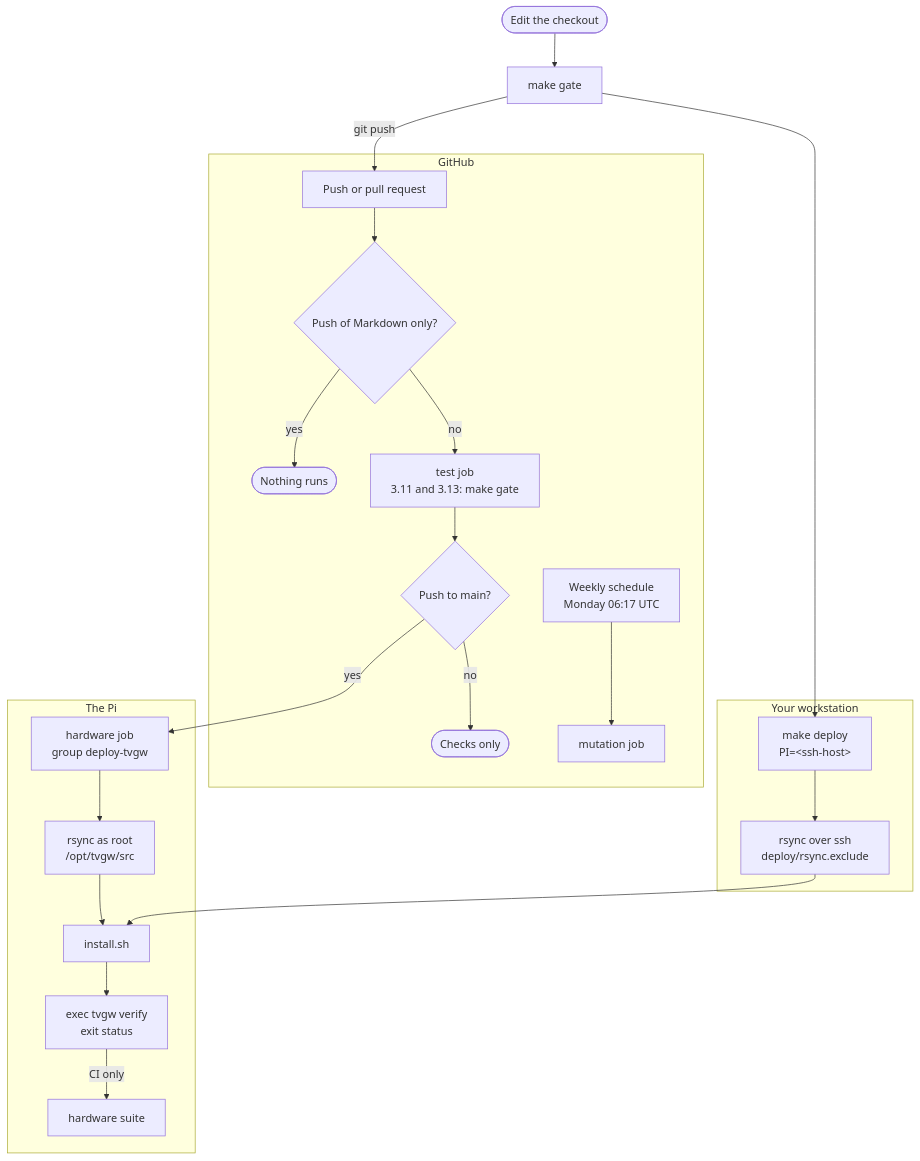
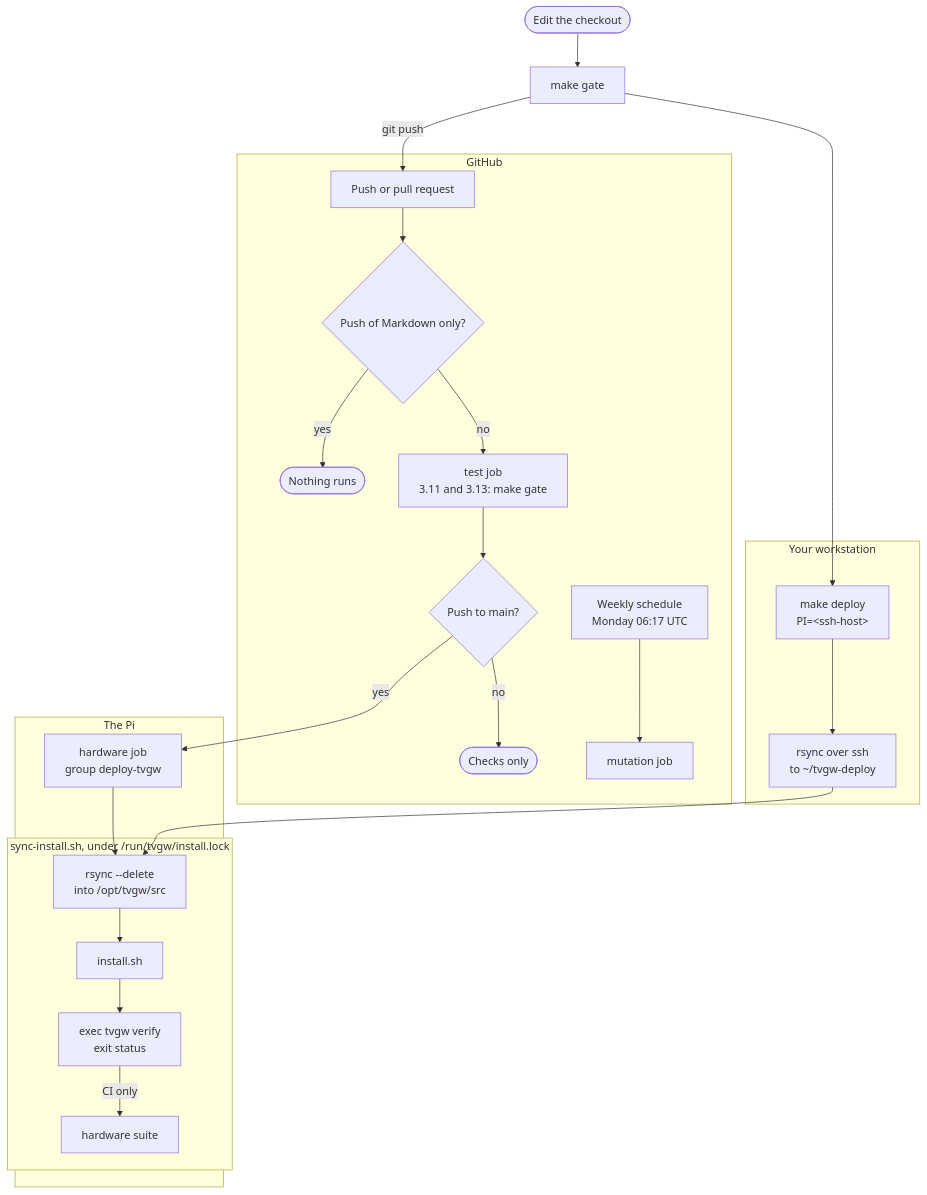
The first of 2 diagrams in deploy/README.md (kywwilson11/tvgw), drawn with Mermaid before and after one commit. The commit also changed other lines of this file, not shown here.

First line of the commit message:
deploy/README: the deploy path and the installer as main runs them

````diff
--- a/deploy/README.md
+++ b/deploy/README.md
@@ -52,25 +53,28 @@
 ```mermaid
 flowchart TD
   edit(["Edit the checkout"]) --> gate["make gate"]
   subgraph workstation["Your workstation"]
-    mdeploy["make deploy<br/>PI=#lt;ssh-host#gt;"] --> rsyncWs["rsync over ssh<br/>deploy/rsync.exclude"]
+    mdeploy["make deploy<br/>PI=#lt;ssh-host#gt;"] --> rsyncWs["rsync over ssh<br/>to ~/tvgw-deploy"]
   end
   subgraph github["GitHub"]
     trigger["Push or pull request"] --> mdOnly{"Push of Markdown only?"}
     mdOnly -->|yes| nothing(["Nothing runs"])
     mdOnly -->|no| testJob["test job<br/>3.11 and 3.13: make gate"]
     testJob --> isPush{"Push to main?"}
     isPush -->|no| checksOnly(["Checks only"])
     sched["Weekly schedule<br/>Monday 06:17 UTC"] --> mutation["mutation job"]
   end
   subgraph pi["The Pi"]
-    hwJob["hardware job<br/>group deploy-tvgw"] --> rsyncCi["rsync as root<br/>/opt/tvgw/src"]
-    rsyncCi --> install["install.sh"]
-    install --> verify["exec tvgw verify<br/>exit status"]
-    verify -->|CI only| suite["hardware suite"]
+    hwJob["hardware job<br/>group deploy-tvgw"]
+    subgraph locked["sync-install.sh, under /run/tvgw/install.lock"]
+      sync["rsync --delete<br/>into /opt/tvgw/src"] --> install["install.sh"]
+      install --> verify["exec tvgw verify<br/>exit status"]
+      verify -->|CI only| suite["hardware suite"]
+    end
+    hwJob --> sync
   end
   gate --> mdeploy
   gate -->|git push| trigger
   isPush -->|yes| hwJob
-  rsyncWs --> install
+  rsyncWs --> sync
 ```
````
